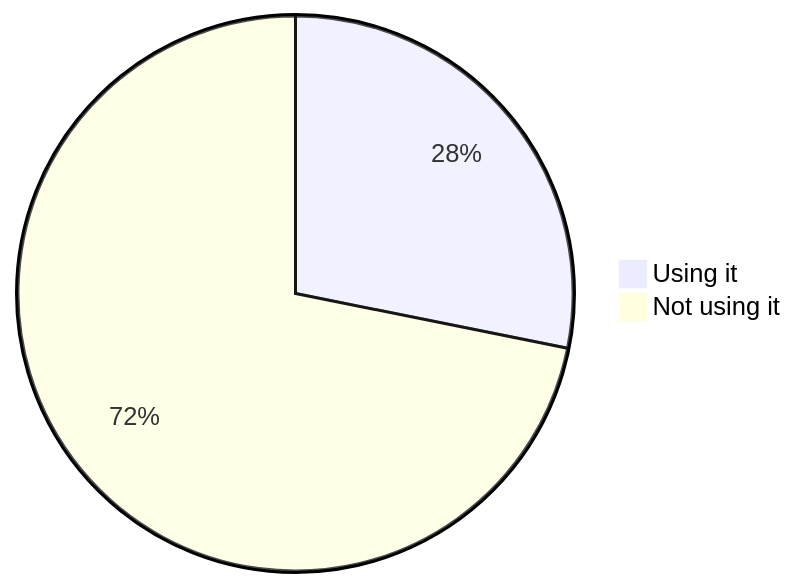
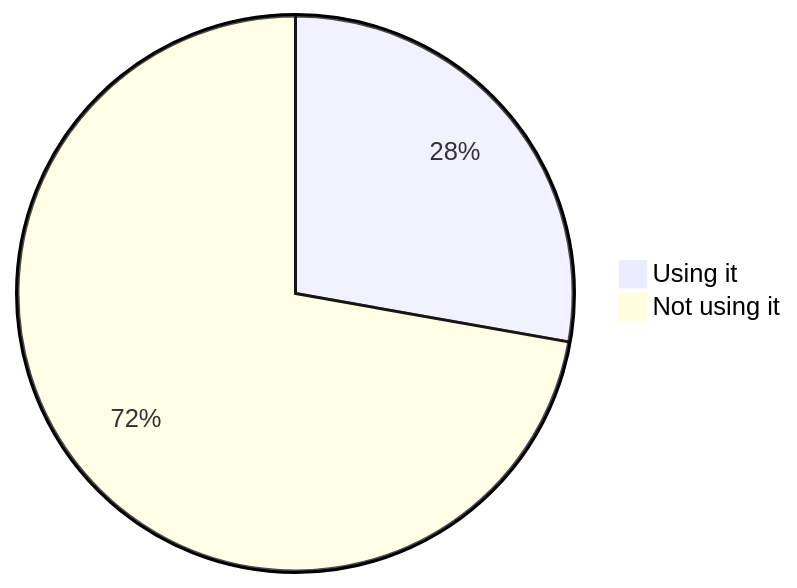
Before and after one commit to oshp/oshp-stats: diagram 15 of 22 in stats.md, drawn with Mermaid. The commit also changed other lines of this file, not shown here.

````diff
--- a/stats.md
+++ b/stats.md
@@ -178,6 +178,6 @@
 ```mermaid
 pie
-	"Using it" : 28.16
-	"Not using it" : 71.84
+	"Using it" : 27.79
+	"Not using it" : 72.21
 
 ```
````
